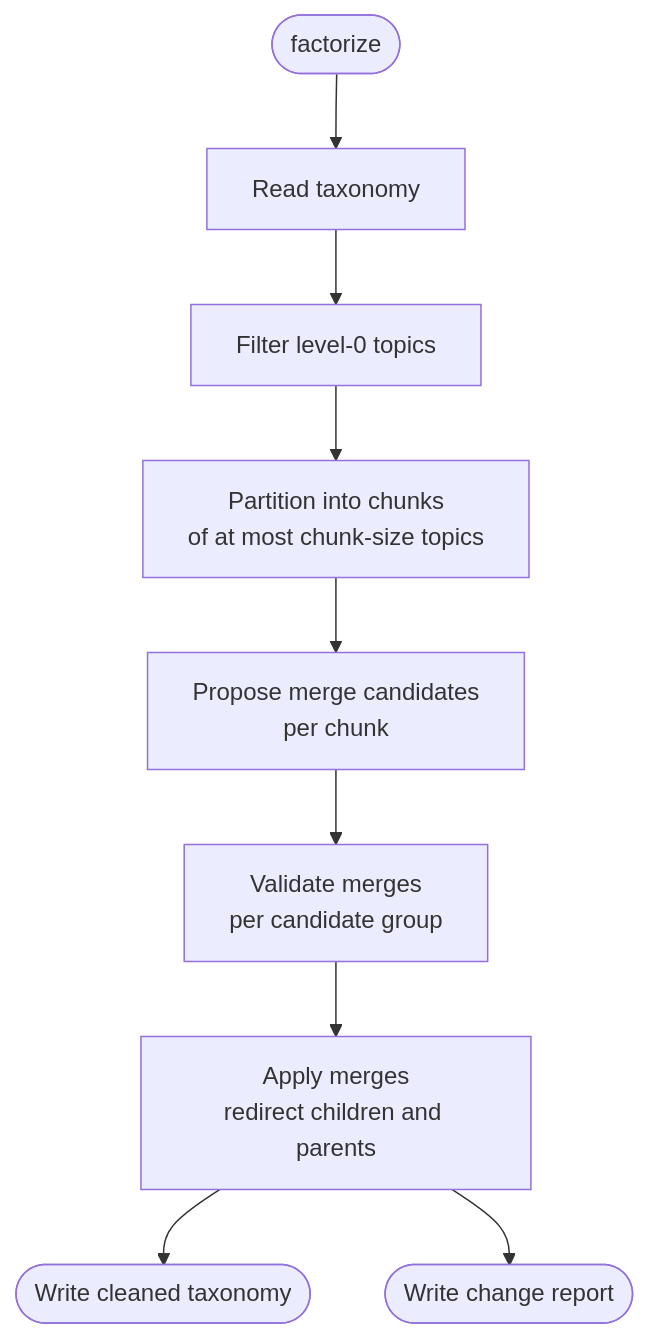
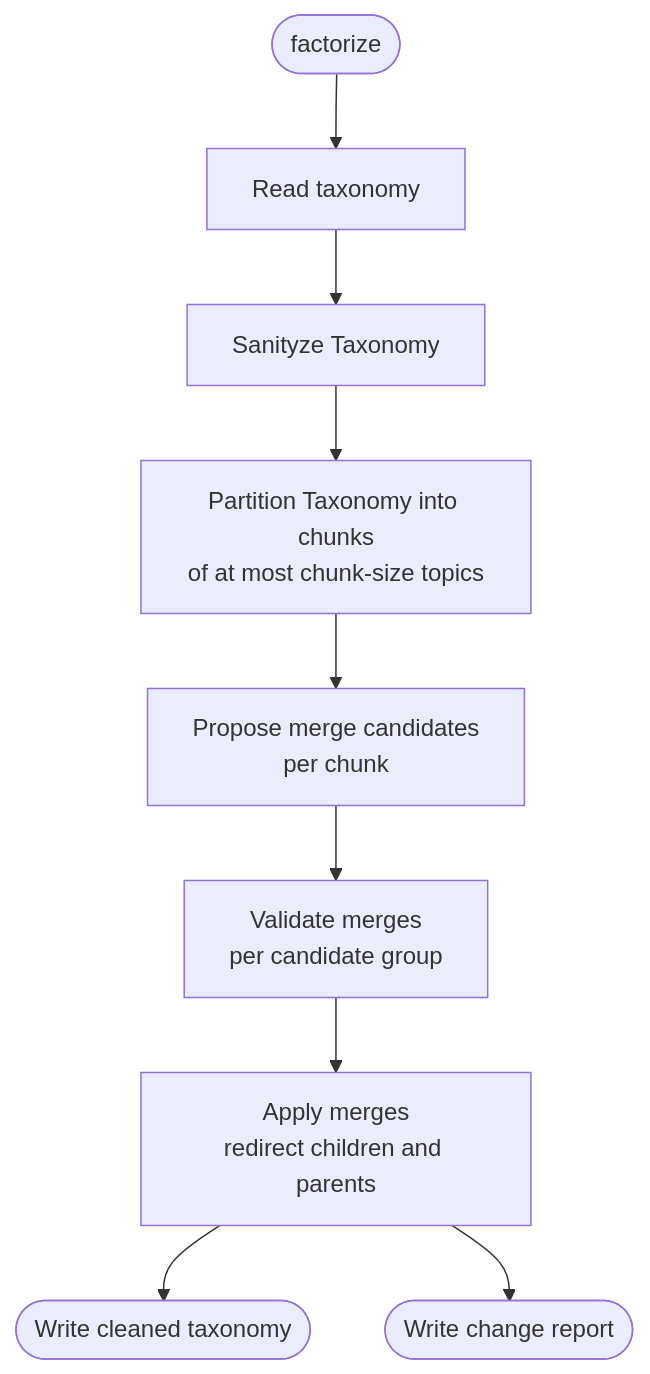
The third of 5 diagrams in topic-builder/README.md (JBAujogue/cahier_doleances), drawn with Mermaid before and after one commit. The commit also changed other lines of this file, not shown here.

````diff
--- a/topic-builder/README.md
+++ b/topic-builder/README.md
@@ -167,11 +171,11 @@
 ```mermaid
 flowchart TD
     A([factorize]) --> B[Read taxonomy]
-    B --> C[Filter level-0 topics]
-    C --> D[Partition into chunks\nof at most chunk-size topics]
+    B --> C[Sanityze Taxonomy]
+    C --> D[Partition Taxonomy into chunks\nof at most chunk-size topics]
     D --> E[Propose merge candidates\nper chunk]
     E --> F[Validate merges\nper candidate group]
     F --> G[Apply merges\nredirect children and parents]
     G --> H([Write cleaned taxonomy])
     G --> I([Write change report])
 ```
````
